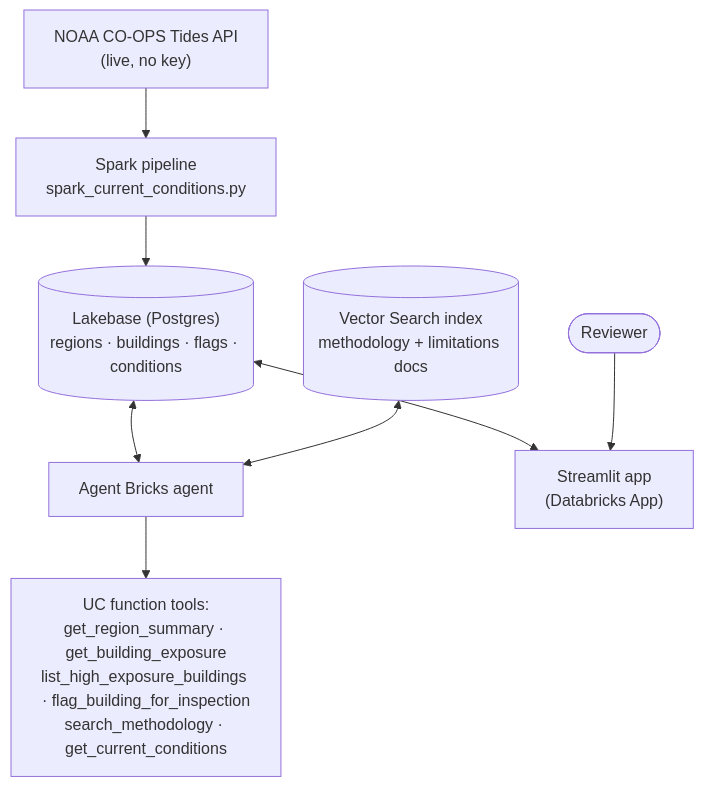
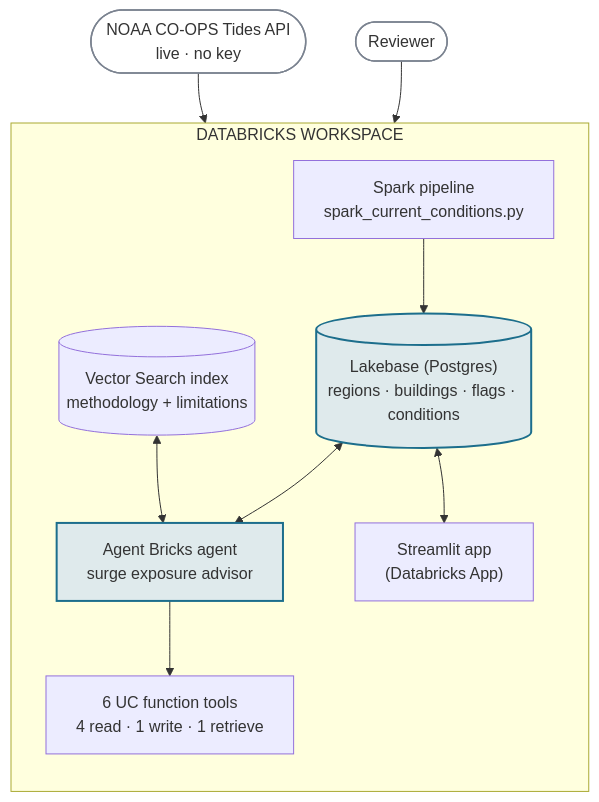
One commit to DBishal13/databricks-ai-capstone changed the first of 5 diagrams in README.md. Above: the diagram before and after it, drawn with Mermaid. The commit also changed other lines of this file, not shown here.

First line of the commit message:
Redesign README mermaid diagrams to match the demo page

````diff
--- a/README.md
+++ b/README.md
@@ -68,10 +68,19 @@
 ```mermaid
 flowchart TD
-    NOAA["NOAA CO-OPS Tides API<br/>(live, no key)"] --> Spark["Spark pipeline<br/>spark_current_conditions.py"]
-    Spark --> Lakebase[("Lakebase (Postgres)<br/>regions · buildings · flags · conditions")]
-    Lakebase <--> Agent["Agent Bricks agent"]
-    VS[("Vector Search index<br/>methodology + limitations docs")] <--> Agent
-    Agent --> Tools["UC function tools:<br/>get_region_summary · get_building_exposure<br/>list_high_exposure_buildings · flag_building_for_inspection<br/>search_methodology · get_current_conditions"]
-    Lakebase <--> App["Streamlit app<br/>(Databricks App)"]
+    NOAA(["NOAA CO-OPS Tides API<br/>live · no key"]) --> Spark
     Human(["Reviewer"]) --> App
+
+    subgraph WORKSPACE["DATABRICKS WORKSPACE"]
+        direction TB
+        Spark["Spark pipeline<br/>spark_current_conditions.py"] --> Lakebase[("Lakebase (Postgres)<br/>regions · buildings · flags · conditions")]
+        Lakebase <--> AgentBricks["Agent Bricks agent<br/>surge exposure advisor"]
+        VS[("Vector Search index<br/>methodology + limitations")] <--> AgentBricks
+        AgentBricks --> Tools["6 UC function tools<br/>4 read · 1 write · 1 retrieve"]
+        Lakebase <--> App["Streamlit app<br/>(Databricks App)"]
+    end
+
+    classDef hub fill:#dfeaec,stroke:#1c6e8c,stroke-width:2px;
+    classDef ext fill:#ffffff,stroke:#7b8390,stroke-width:1.5px;
+    class Lakebase,AgentBricks hub
+    class NOAA,Human ext
 ```
````
